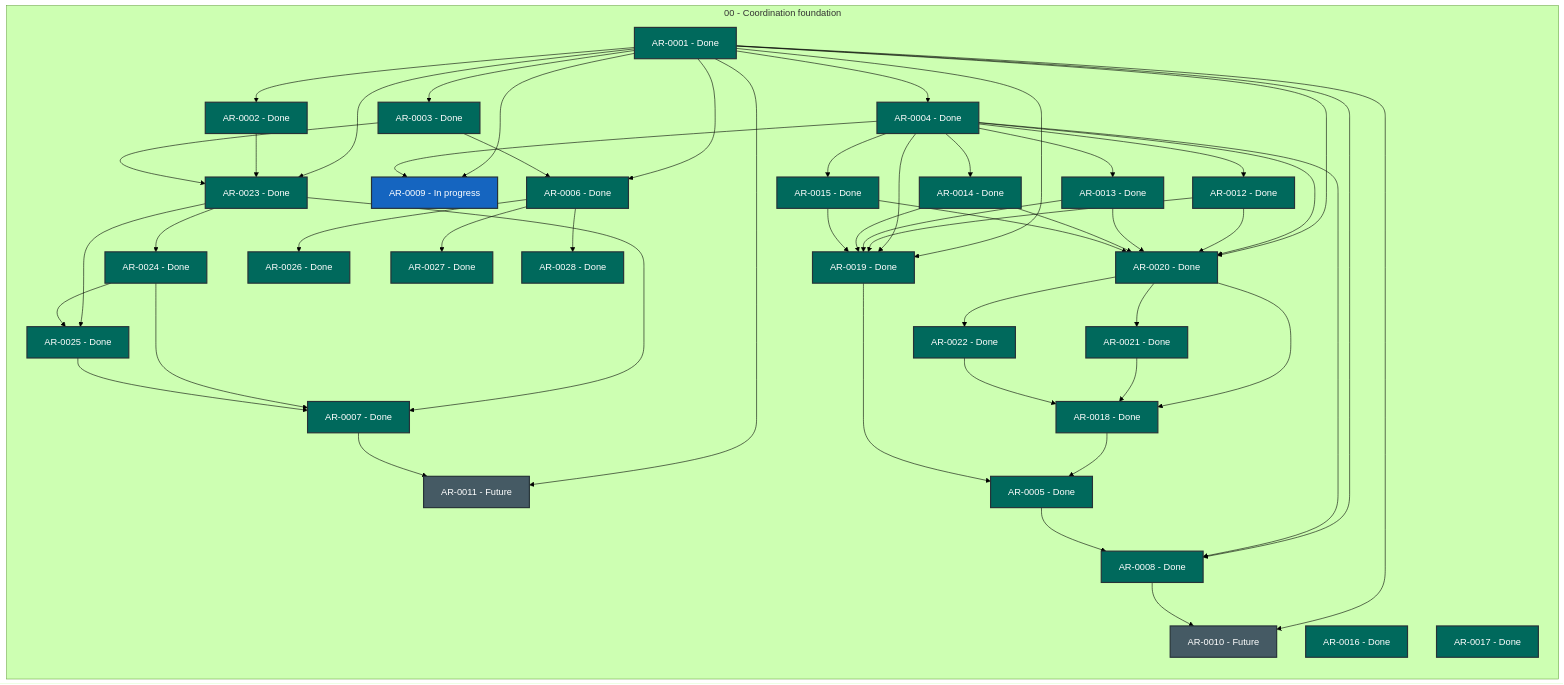
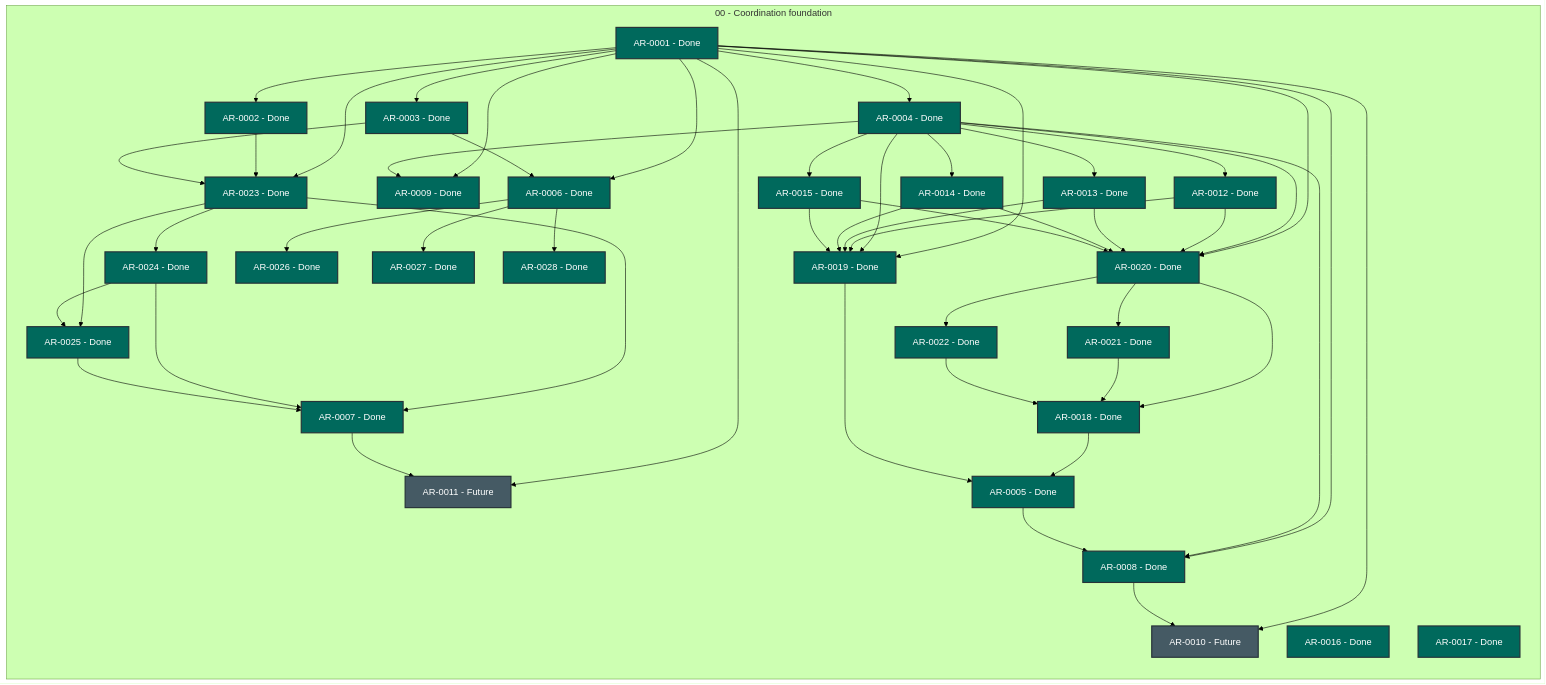
Before and after one commit to martin-beck/agent-workflow-quality-state: the diagram in STATUS.md, drawn with Mermaid (forest theme). The commit also changed other lines of this file and 2 other files, not shown here.

```diff
--- a/STATUS.md
+++ b/STATUS.md
@@ -36,7 +36,7 @@
         AR_0006["AR-0006 - Done"]:::status_done
         AR_0007["AR-0007 - Done"]:::status_done
         AR_0008["AR-0008 - Done"]:::status_done
-        AR_0009["AR-0009 - In progress"]:::status_in_progress
+        AR_0009["AR-0009 - Done"]:::status_done
         AR_0010["AR-0010 - Future"]:::status_future
         AR_0011["AR-0011 - Future"]:::status_future
         AR_0012["AR-0012 - Done"]:::status_done
```
